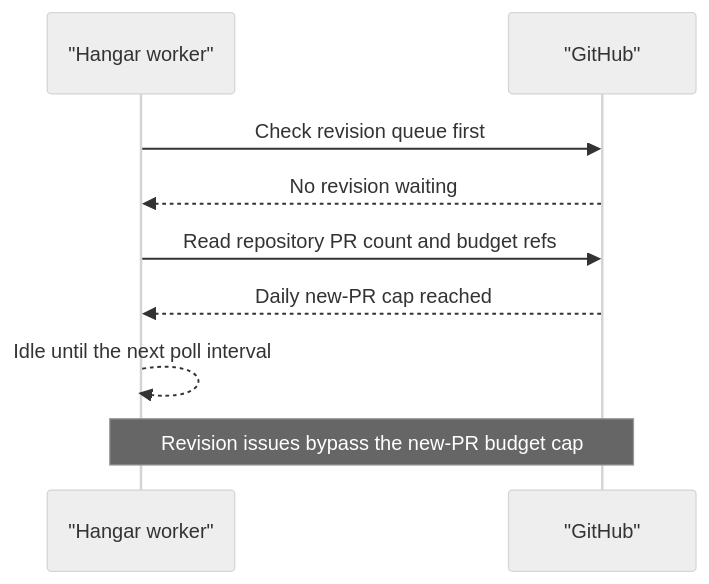
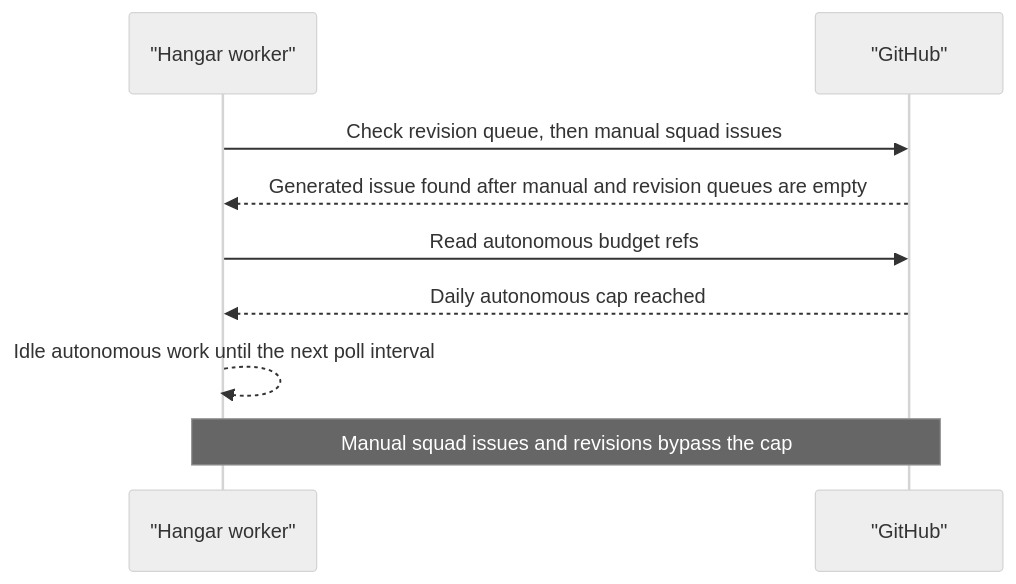
The ninth of 11 diagrams in README.md (timoknapp/Hangar), drawn with Mermaid (neutral theme) before and after one commit. The commit also changed other lines of this file and 6 other files, not shown here.

Commit message:
fix: budget only autonomous worker issues

````diff
--- a/README.md
+++ b/README.md
@@ -426,12 +430,12 @@
 ```mermaid
 sequenceDiagram
     participant Worker as "Hangar worker"
     participant GitHub as "GitHub"
 
-    Worker->>GitHub: Check revision queue first
-    GitHub-->>Worker: No revision waiting
-    Worker->>GitHub: Read repository PR count and budget refs
-    GitHub-->>Worker: Daily new-PR cap reached
-    Worker-->>Worker: Idle until the next poll interval
-    Note over Worker,GitHub: Revision issues bypass the new-PR budget cap
+    Worker->>GitHub: Check revision queue, then manual squad issues
+    GitHub-->>Worker: Generated issue found after manual and revision queues are empty
+    Worker->>GitHub: Read autonomous budget refs
+    GitHub-->>Worker: Daily autonomous cap reached
+    Worker-->>Worker: Idle autonomous work until the next poll interval
+    Note over Worker,GitHub: Manual squad issues and revisions bypass the cap
 ```
````
